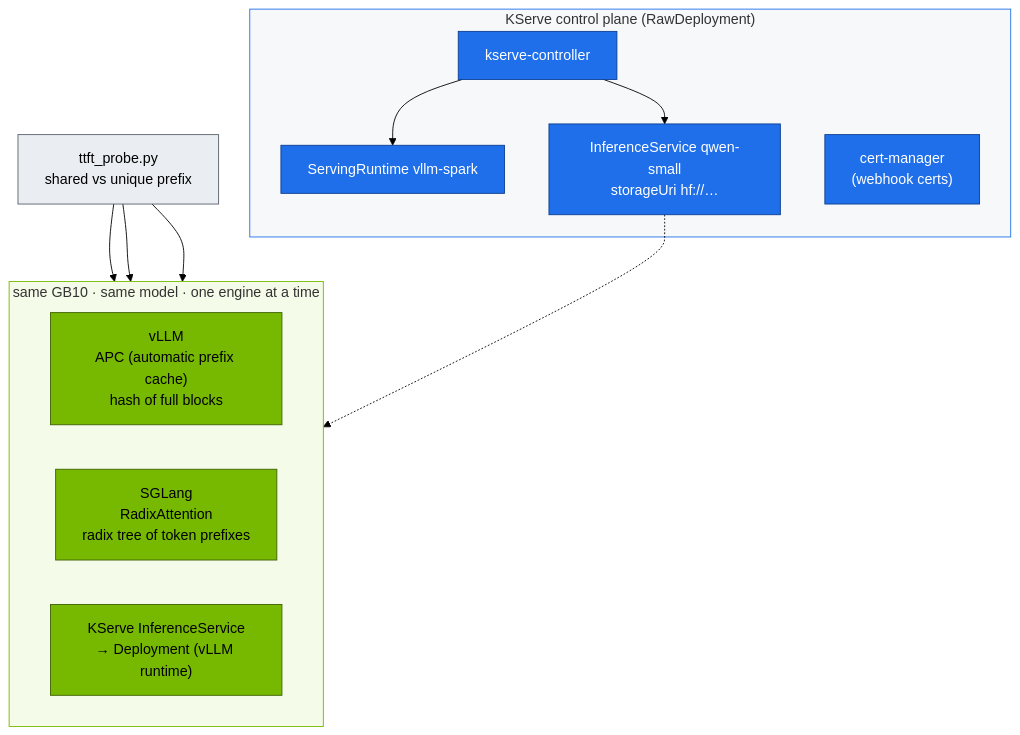
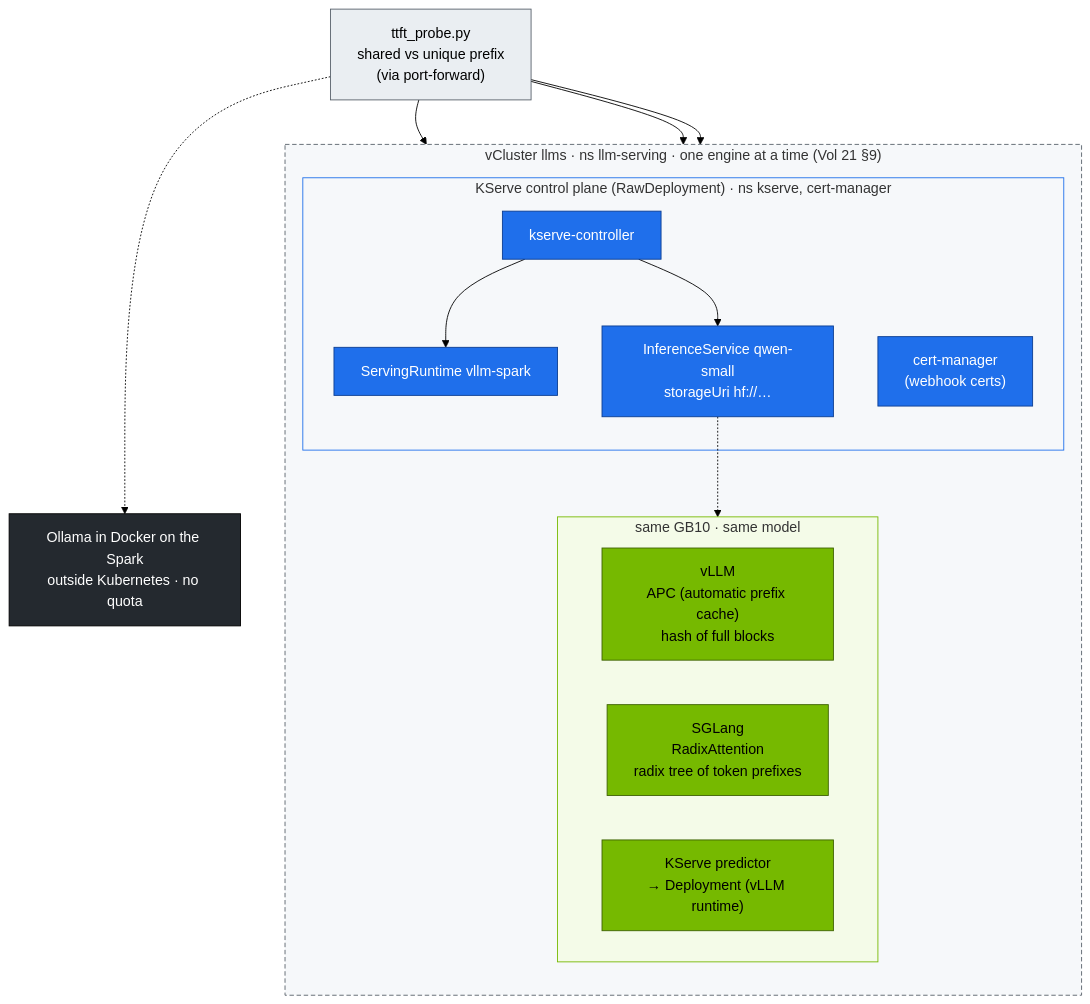
Before and after one commit to cloudone365/technical-depth: the diagram in 02 Kubernetes/23-llm-inference-alternatives-and-kserve.md, drawn with Mermaid (forest theme). The commit also changed other lines of this file and 53 other files, not shown here.

````diff
--- a/02 Kubernetes/23-llm-inference-alternatives-and-kserve.md
+++ b/02 Kubernetes/23-llm-inference-alternatives-and-kserve.md
@@ -39,24 +52,32 @@
 ```mermaid
 flowchart TB
-  subgraph SAME["same GB10 · same model · one engine at a time"]
-    direction LR
-    V["vLLM<br/>APC (automatic prefix cache)<br/>hash of full blocks"]
-    SG["SGLang<br/>RadixAttention<br/>radix tree of token prefixes"]
-    KS["KServe InferenceService<br/>→ Deployment (vLLM runtime)"]
+  subgraph LLMS["vCluster llms · ns llm-serving · one engine at a time (Vol 21 §9)"]
+    direction TB
+    subgraph SAME["same GB10 · same model"]
+      direction LR
+      V["vLLM<br/>APC (automatic prefix cache)<br/>hash of full blocks"]
+      SG["SGLang<br/>RadixAttention<br/>radix tree of token prefixes"]
+      KS["KServe predictor<br/>→ Deployment (vLLM runtime)"]
+    end
+    subgraph KSERVE["KServe control plane (RawDeployment) · ns kserve, cert-manager"]
+      CTRL["kserve-controller"] --> SR["ServingRuntime vllm-spark"]
+      CTRL --> ISVC["InferenceService qwen-small<br/>storageUri hf://…"]
+      CM["cert-manager<br/>(webhook certs)"]
+    end
+    ISVC -.-> KS
   end
-  PROBE["ttft_probe.py<br/>shared vs unique prefix"] --> V & SG & KS
-  subgraph KSERVE["KServe control plane (RawDeployment)"]
-    CTRL["kserve-controller"] --> SR["ServingRuntime vllm-spark"]
-    CTRL --> ISVC["InferenceService qwen-small<br/>storageUri hf://…"]
-    CM["cert-manager<br/>(webhook certs)"]
-  end
-  ISVC -.-> KS
+  PROBE["ttft_probe.py<br/>shared vs unique prefix<br/>(via port-forward)"] --> V & SG & KS
+  HOST["Ollama in Docker on the Spark<br/>outside Kubernetes · no quota"]
+  PROBE -.-> HOST
   classDef gpu fill:#76b900,stroke:#3d6000,color:#000
   classDef ctrl fill:#1f6feb,stroke:#0b3d91,color:#fff
   classDef tenant fill:#eaeef2,stroke:#57606a,color:#000
+  classDef ext fill:#24292f,stroke:#000,color:#fff
   class V,SG,KS gpu
   class CTRL,SR,ISVC,CM ctrl
   class PROBE tenant
+  class HOST ext
   style SAME fill:#f4fbe8,stroke:#76b900
   style KSERVE fill:#f6f8fa,stroke:#1f6feb
+  style LLMS fill:#f6f8fa,stroke:#57606a,stroke-dasharray:5 3
 ```
````
